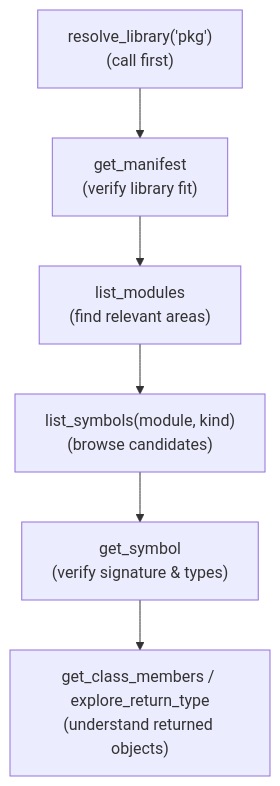
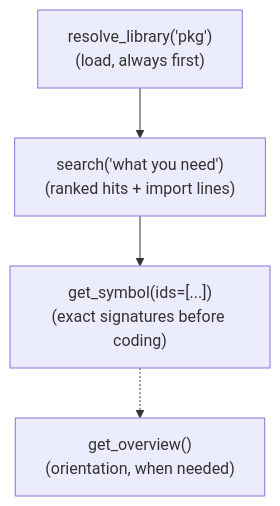
Before and after one commit to zazza123/lcp: the second of 2 diagrams in docs/architecture/mcp_server/architecture.md, drawn with Mermaid. The commit also changed other lines of this file and 6 other files, not shown here.

First line of the commit message:
DOC: Align guides, CLI and architecture docs with the V2 MCP surface

````diff
--- a/docs/architecture/mcp_server/architecture.md
+++ b/docs/architecture/mcp_server/architecture.md
@@ -120,8 +84,6 @@
 ```mermaid
 flowchart TD
-    A["resolve_library('pkg')\n(call first)"] --> B["get_manifest\n(verify library fit)"]
-    B --> C["list_modules\n(find relevant areas)"]
-    C --> D["list_symbols(module, kind)\n(browse candidates)"]
-    D --> E["get_symbol\n(verify signature & types)"]
-    E --> F["get_class_members / explore_return_type\n(understand returned objects)"]
+    A["resolve_library('pkg')\n(load, always first)"] --> B["search('what you need')\n(ranked hits + import lines)"]
+    B --> C["get_symbol(ids=[...])\n(exact signatures before coding)"]
+    C -.-> D["get_overview()\n(orientation, when needed)"]
 ```
````
